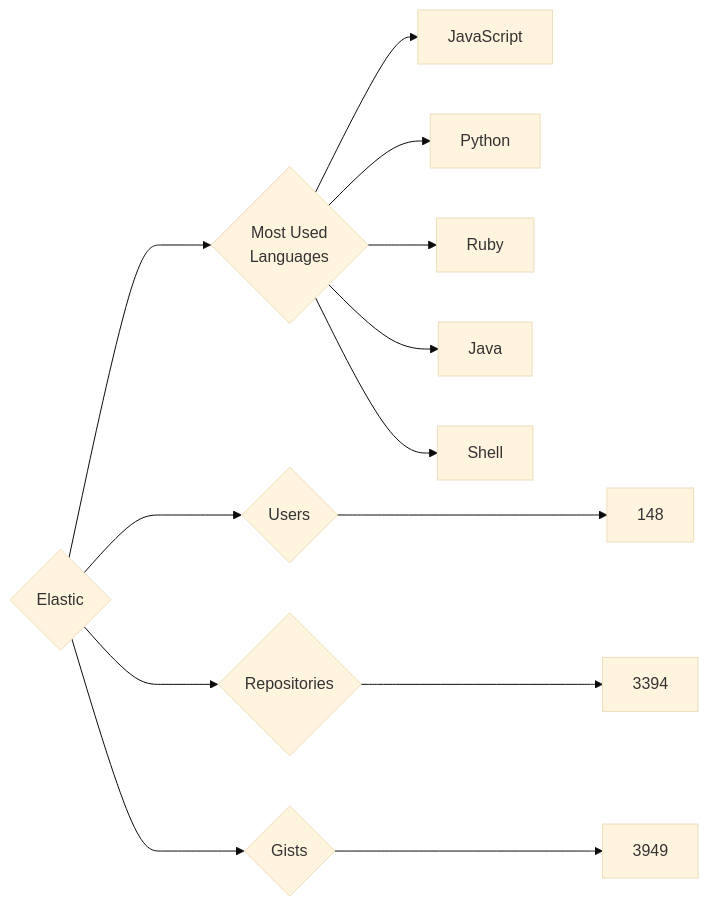
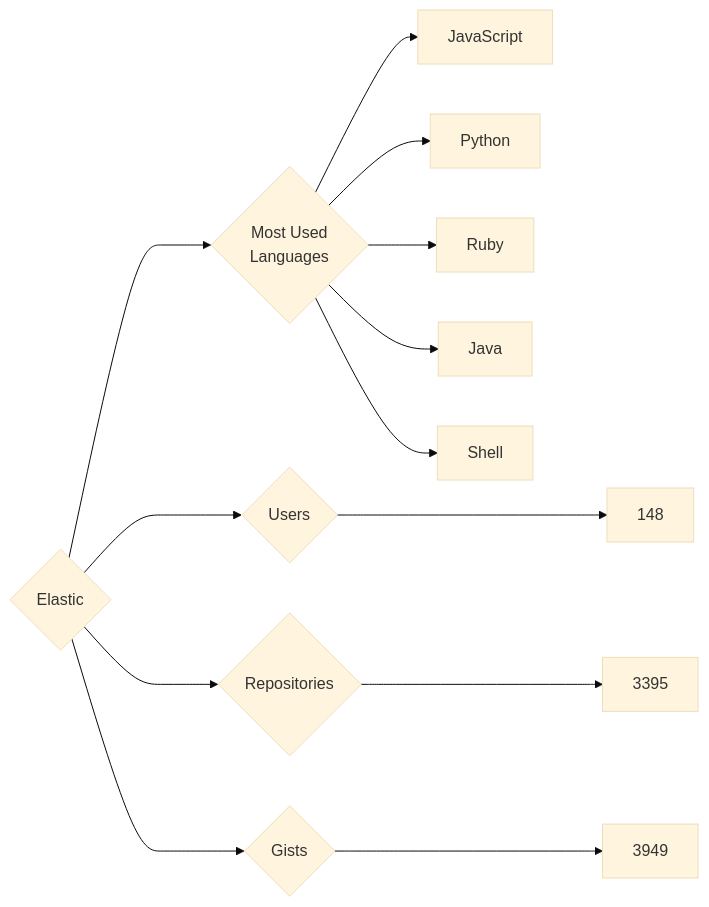
Before and after one commit to trickest/insiders: the diagram in targets/Elastic/README.md, drawn with Mermaid (base theme). The commit also changed 633 other files, not shown here.

````diff
--- a/targets/Elastic/README.md
+++ b/targets/Elastic/README.md
@@ -3,13 +3,13 @@
 ```mermaid
 graph LR
 COMPANY_NAME{Elastic}
 COMPANY_NAME ---> U{Users} ---> UN[148]
-COMPANY_NAME ---> R{Repositories} ---> RN[3394]
+COMPANY_NAME ---> R{Repositories} ---> RN[3395]
 COMPANY_NAME ---> G{Gists} ---> GN[3949]
 COMPANY_NAME ---> ML{Most Used<br>Languages}
 ML --> JavaScript[JavaScript]
 ML --> Python[Python]
 ML --> Ruby[Ruby]
 ML --> Java[Java]
 ML --> Shell[Shell]
 ```
````
